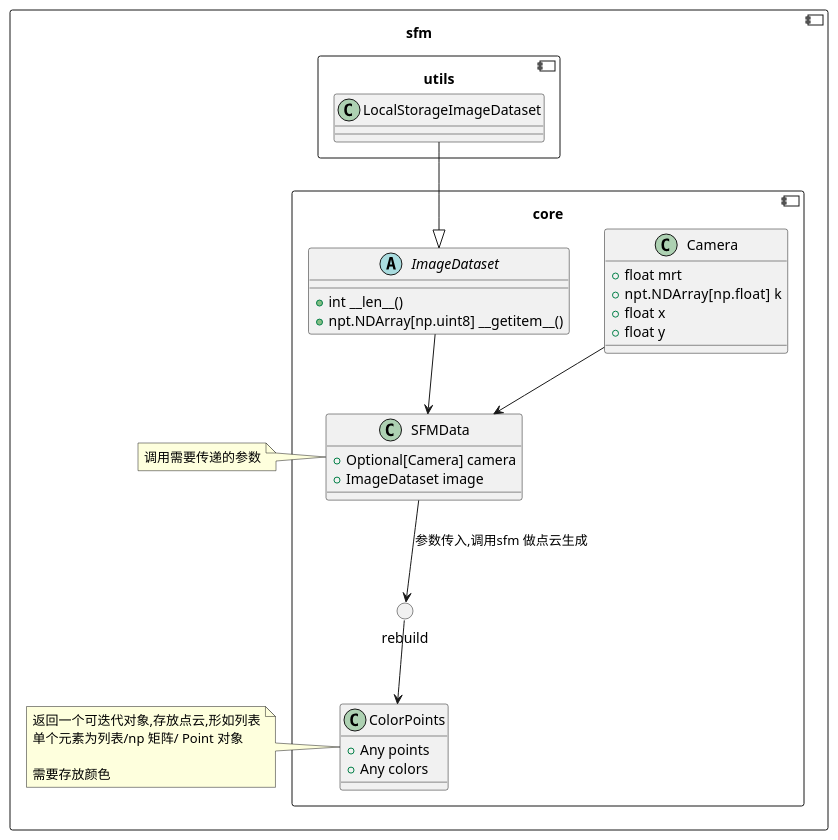
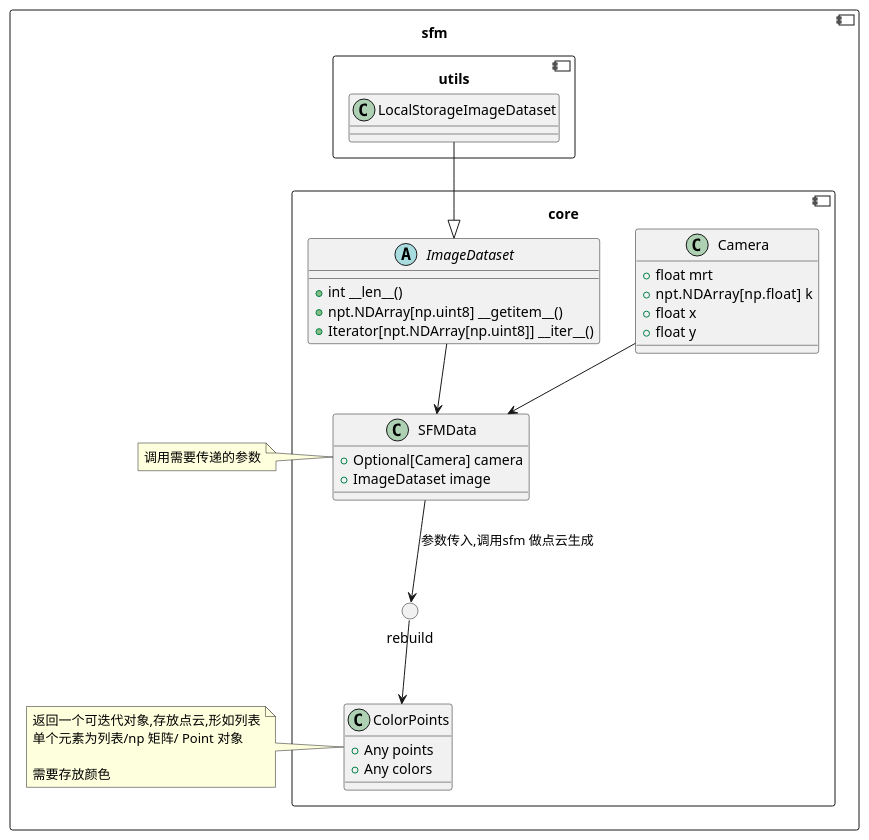
The diagram in docs/设计文档.md (lanhao945/SFM), drawn with PlantUML before and after one commit.

Commit message:
docs(文档按需调整): 忽略

````diff
--- a/docs/设计文档.md
+++ b/docs/设计文档.md
@@ -5,58 +5,58 @@
 ```plantuml
 @startuml
 component sfm{
     component core{
         class Camera{
             + float mrt
             + npt.NDArray[np.float]  k
             + float x
             + float y
         }
         
         abstract ImageDataset{
             + int __len__()
             + npt.NDArray[np.uint8] __getitem__()
+            + Iterator[npt.NDArray[np.uint8]] __iter__()
         }
-        
         class SFMData{
             + Optional[Camera] camera
             + ImageDataset image
         }
     
         Camera --> SFMData
         ImageDataset --> SFMData
     
         () "rebuild" as sfm_call
         
         SFMData --> sfm_call: 参数传入,调用sfm 做点云生成
         
         class ColorPoints{
             + Any points
             + Any colors
         }
         
         sfm_call --> ColorPoints
     }
 
     note left of ColorPoints
     返回一个可迭代对象,存放点云,形如列表
     单个元素为列表/np 矩阵/ Point 对象
     
     需要存放颜色
     end note
         
     note left of SFMData
     调用需要传递的参数
     end note
     
     component utils{
     
         class LocalStorageImageDataset{
         }
         LocalStorageImageDataset --|> ImageDataset
     }
 }
 
 
 @enduml
 ```
````
